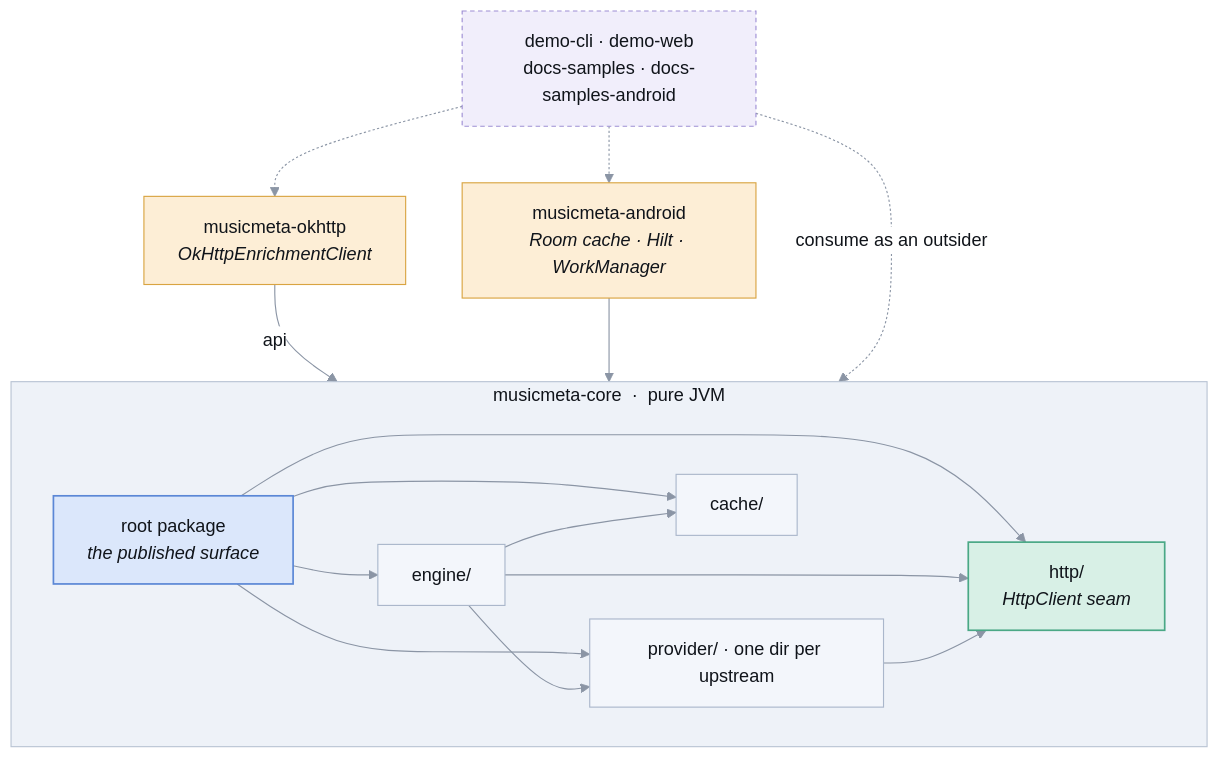
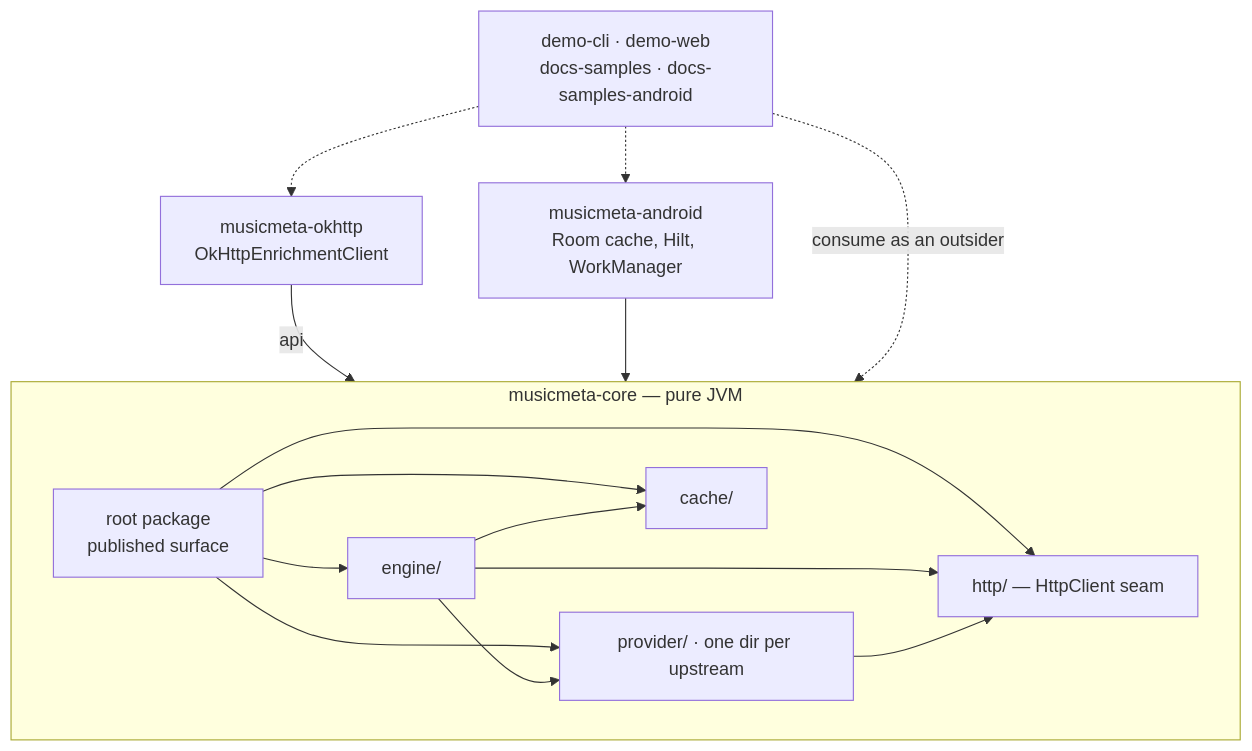
The first of 2 diagrams in ARCHITECTURE.md (famesjranko/musicmeta), drawn with Mermaid before and after one commit. The commit also changed other lines of this file, not shown here.

Commit message:
docs: drop the custom mermaid palette; the default theme handles dark mode

````diff
--- a/ARCHITECTURE.md
+++ b/ARCHITECTURE.md
@@ -32,38 +30,23 @@
 ```mermaid
-%%{init: {"theme":"base","themeVariables":{
-  "lineColor":"#8b95a5","primaryTextColor":"#10141a",
-  "clusterBkg":"#eef2f8","clusterBorder":"#b9c4d4",
-  "edgeLabelBackground":"#ffffff","tertiaryTextColor":"#10141a"}}}%%
 flowchart TD
-    subgraph core["musicmeta-core &nbsp;·&nbsp; pure JVM"]
-        published["root package<br/><i>the published surface</i>"]
+    subgraph core["musicmeta-core — pure JVM"]
+        published["root package<br/>published surface"]
         engine["engine/"]
         provider["provider/ · one dir per upstream"]
         cache["cache/"]
-        http["http/<br/><i>HttpClient seam</i>"]
+        http["http/ — HttpClient seam"]
         published --> engine
         published --> provider
         published --> cache
         published --> http
         engine --> provider
         engine --> cache
         engine --> http
         provider --> http
     end
-    okhttp["musicmeta-okhttp<br/><i>OkHttpEnrichmentClient</i>"] -->|api| core
-    android["musicmeta-android<br/><i>Room cache · Hilt · WorkManager</i>"] --> core
+    okhttp["musicmeta-okhttp<br/>OkHttpEnrichmentClient"] -->|api| core
+    android["musicmeta-android<br/>Room cache, Hilt, WorkManager"] --> core
     demos["demo-cli · demo-web<br/>docs-samples · docs-samples-android"] -.->|"consume as an outsider"| core
     demos -.-> okhttp
     demos -.-> android
-
-    classDef surface fill:#dbe7fb,stroke:#5b87d6,stroke-width:1.5px,color:#10141a
-    classDef inner fill:#f3f6fb,stroke:#aab7cb,color:#10141a
-    classDef seam fill:#d8f0e6,stroke:#4aa886,stroke-width:1.5px,color:#10141a
-    classDef adapter fill:#fdeed6,stroke:#d9a441,color:#10141a
-    classDef outside fill:#f1eefb,stroke:#9d8ed4,stroke-dasharray:4 3,color:#10141a
-    class published surface
-    class engine,provider,cache inner
-    class http seam
-    class okhttp,android adapter
-    class demos outside
 ```
````
